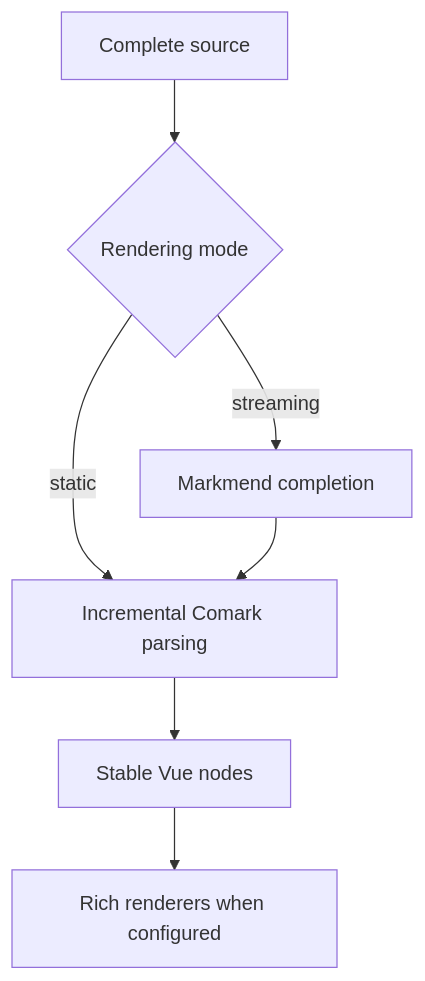
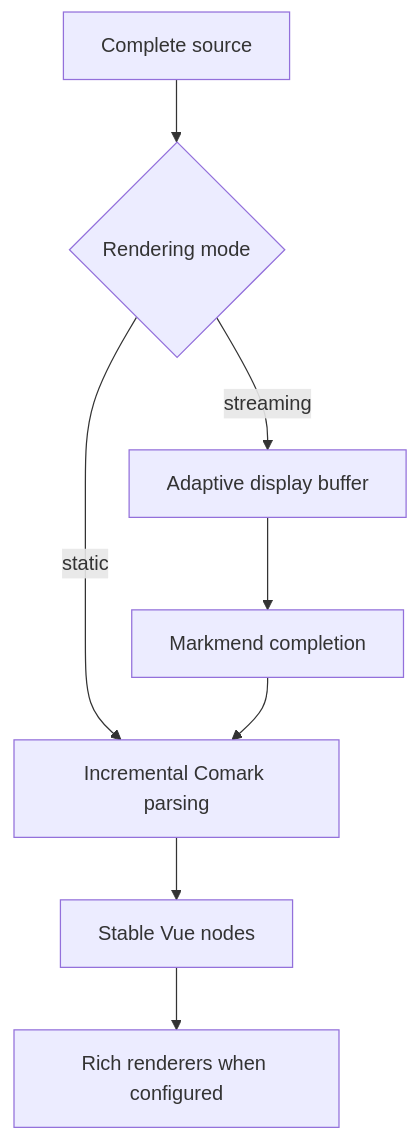
Before and after one commit to jinghaihan/vue-stream-markdown: the diagram in docs/content/1.guide/rendering-pipeline.md, drawn with Mermaid. The commit also changed other lines of this file and 25 other files, not shown here.

````diff
--- a/docs/content/1.guide/rendering-pipeline.md
+++ b/docs/content/1.guide/rendering-pipeline.md
@@ -10,9 +10,10 @@
 ```mermaid
 flowchart TD
     Source[Complete source] --> Mode{Rendering mode}
-    Mode -->|streaming| Completion[Markmend completion]
+    Mode -->|streaming| Smoothing[Adaptive display buffer]
+    Smoothing --> Completion[Markmend completion]
     Mode -->|static| Parser[Incremental Comark parsing]
     Completion --> Parser
     Parser --> Vue[Stable Vue nodes]
     Vue --> Rich[Rich renderers when configured]
 ```
````
